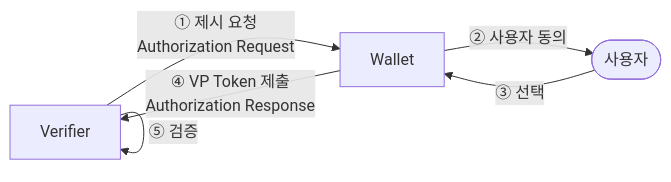
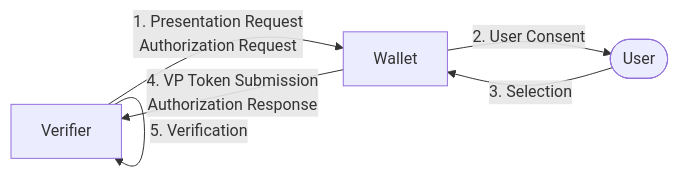
One commit to OmniOneID/poc-oid4vc changed the first of 3 diagrams in docs/concepts/oid4vp/oid4vp_overview.md. Above: the diagram before and after it, drawn with Mermaid. The commit also changed other lines of this file and 29 other files, not shown here.

````diff
--- a/docs/concepts/oid4vp/oid4vp_overview.md
+++ b/docs/concepts/oid4vp/oid4vp_overview.md
@@ -53,8 +53,8 @@
 ```mermaid
 flowchart LR
-    V[Verifier] -->|① 제시 요청<br/>Authorization Request| W[Wallet]
-    W -->|② 사용자 동의| U([사용자])
-    U -->|③ 선택| W
-    W -->|④ VP Token 제출<br/>Authorization Response| V
-    V -->|⑤ 검증| V
+    V[Verifier] -->|1. Presentation Request<br/>Authorization Request| W[Wallet]
+    W -->|2. User Consent| U([User])
+    U -->|3. Selection| W
+    W -->|4. VP Token Submission<br/>Authorization Response| V
+    V -->|5. Verification| V
 ```
````
